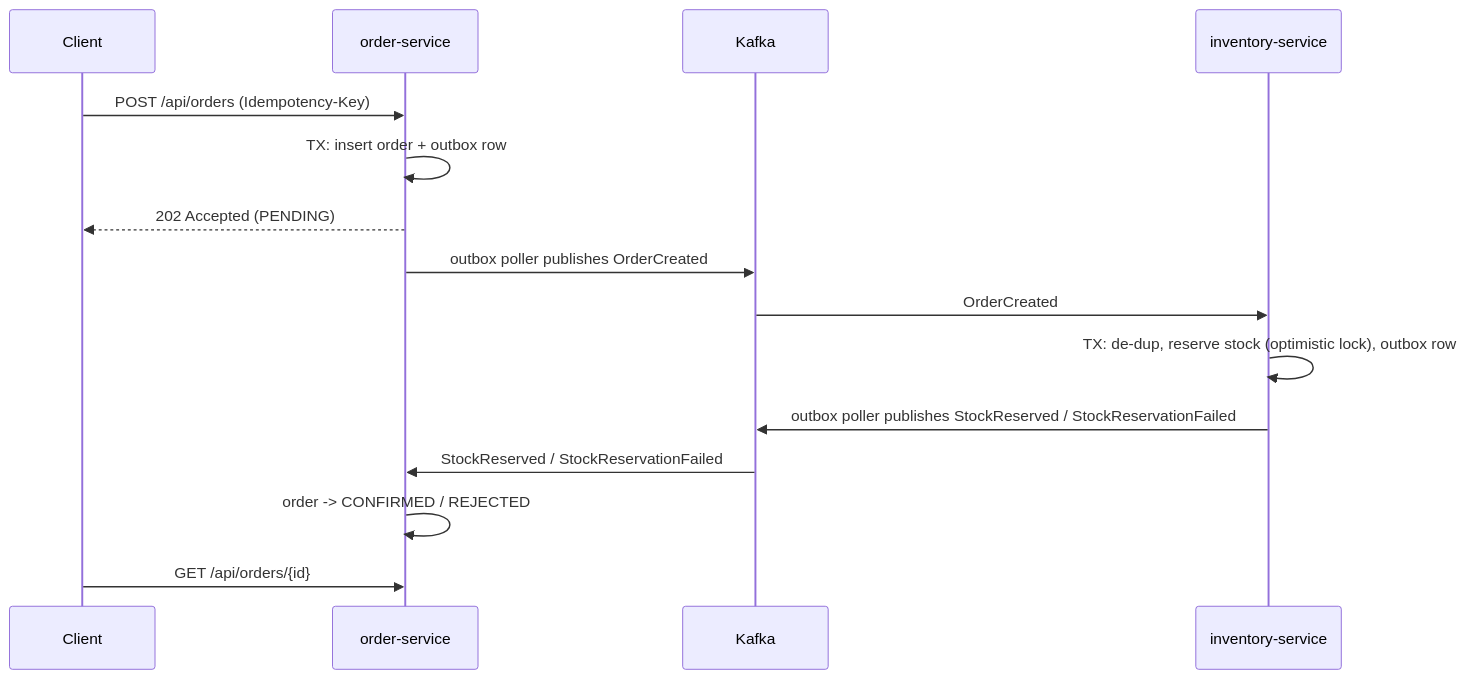
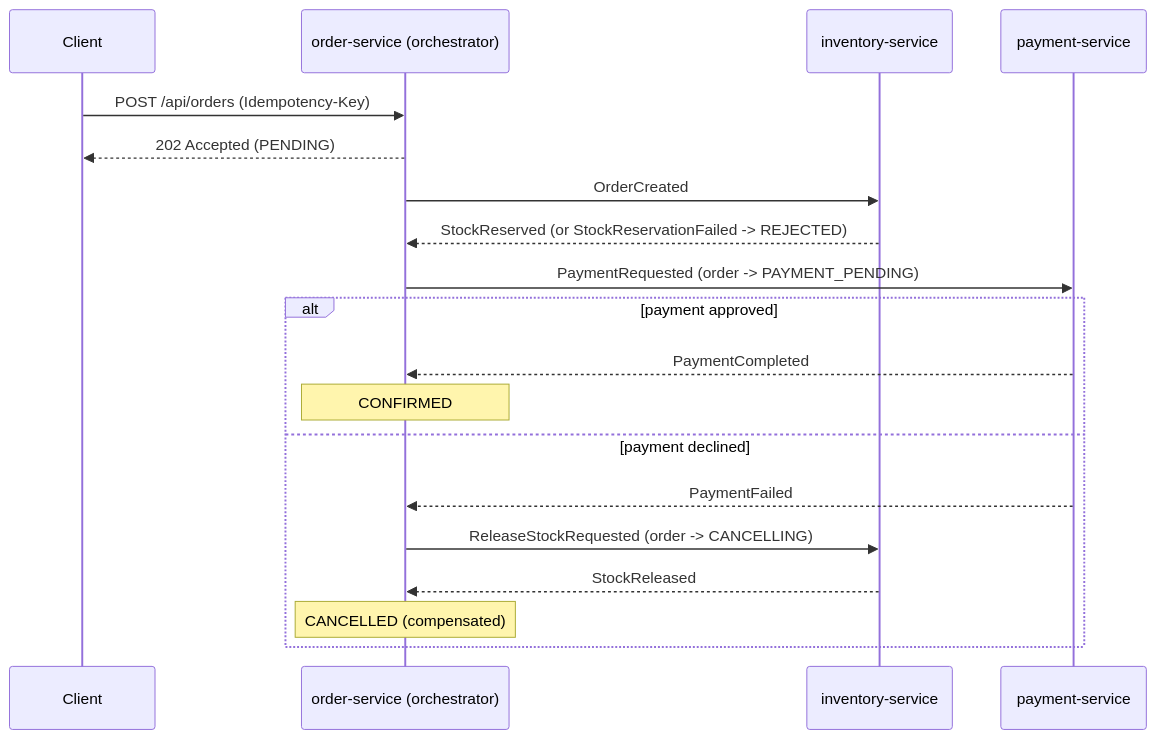
One commit to sangee1/order-platform changed the first of 2 diagrams in README.md. Above: the diagram before and after it, drawn with Mermaid. The commit also changed other lines of this file and 53 other files, not shown here.

Commit message:
Added payment service and used saga pattern.

````diff
--- a/README.md
+++ b/README.md
@@ -9,17 +12,21 @@
 ```mermaid
 sequenceDiagram
     participant C as Client
-    participant O as order-service
-    participant K as Kafka
+    participant O as order-service (orchestrator)
     participant I as inventory-service
+    participant P as payment-service
     C->>O: POST /api/orders (Idempotency-Key)
-    O->>O: TX: insert order + outbox row
     O-->>C: 202 Accepted (PENDING)
-    O->>K: outbox poller publishes OrderCreated
-    K->>I: OrderCreated
-    I->>I: TX: de-dup, reserve stock (optimistic lock), outbox row
-    I->>K: outbox poller publishes StockReserved / StockReservationFailed
-    K->>O: StockReserved / StockReservationFailed
-    O->>O: order -> CONFIRMED / REJECTED
-    C->>O: GET /api/orders/{id}
+    O->>I: OrderCreated
+    I-->>O: StockReserved (or StockReservationFailed -> REJECTED)
+    O->>P: PaymentRequested (order -> PAYMENT_PENDING)
+    alt payment approved
+        P-->>O: PaymentCompleted
+        Note over O: CONFIRMED
+    else payment declined
+        P-->>O: PaymentFailed
+        O->>I: ReleaseStockRequested (order -> CANCELLING)
+        I-->>O: StockReleased
+        Note over O: CANCELLED (compensated)
+    end
 ```
````
